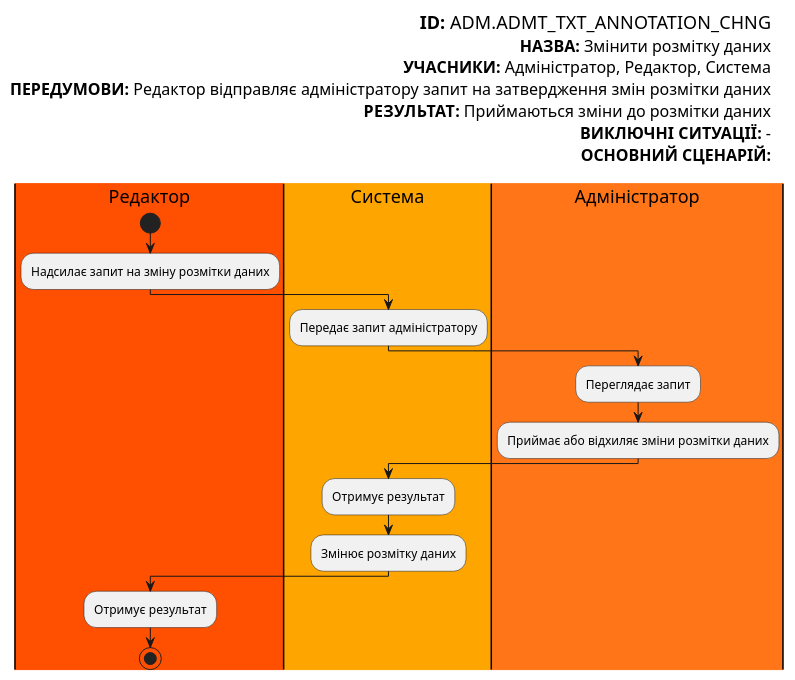
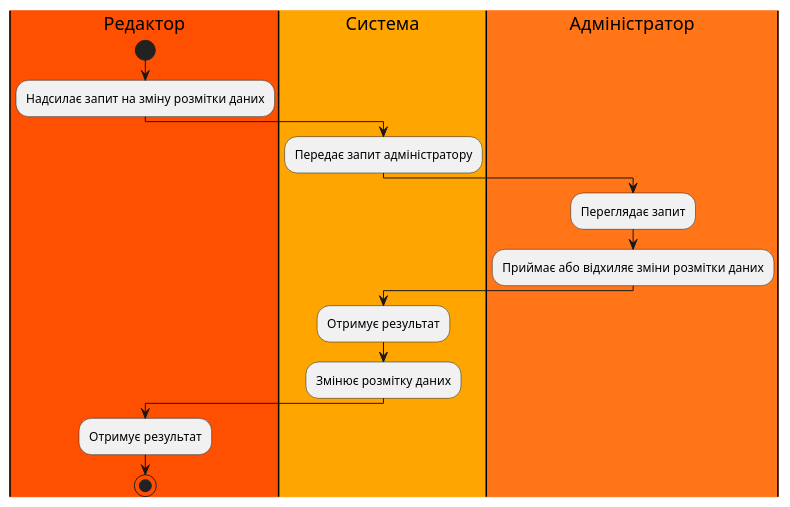
One commit to boldak/edu-db-cw changed diagram 13 of 16 in docs/use cases/README.md. Above: the diagram before and after it, drawn with PlantUML. The commit also changed other lines of this file, not shown here.

```diff
--- a/docs/use cases/README.md
+++ b/docs/use cases/README.md
@@ -427,30 +396,19 @@
 @startuml
-
-left header
-<font color=000 size=18><b>ID:</b> ADM.ADMT_TXT_ANNOTATION_CHNG
-<font color=000 size=16><b>НАЗВА:</b> Змінити розмітку даних
-<font color=000 size=16><b>УЧАСНИКИ:</b> Адміністратор, Редактор, Система
-<font color=000 size=16><b>ПЕРЕДУМОВИ:</b> Редактор відправляє адміністратору запит на затвердження змін розмітки даних
-<font color=000 size=16><b>РЕЗУЛЬТАТ:</b> Приймаються зміни до розмітки даних
-<font color=000 size=16><b>ВИКЛЮЧНІ СИТУАЦІЇ:</b> -
-<font color=000 size=16><b>ОСНОВНИЙ СЦЕНАРІЙ:</b>
-
-end header
 
 
 |#FF4F00|Редактор|
   start
   :Надсилає запит на зміну розмітки даних;
 |#FFA500|Система|
   :Передає запит адміністратору;
 |#FF7518|Адміністратор|
   :Переглядає запит;
   :Приймає або відхиляє зміни розмітки даних;
 |Система|
   :Отримує результат;
   :Змінює розмітку даних;
 |Редактор|
   :Отримує результат;
 stop;
 
 @enduml
```
